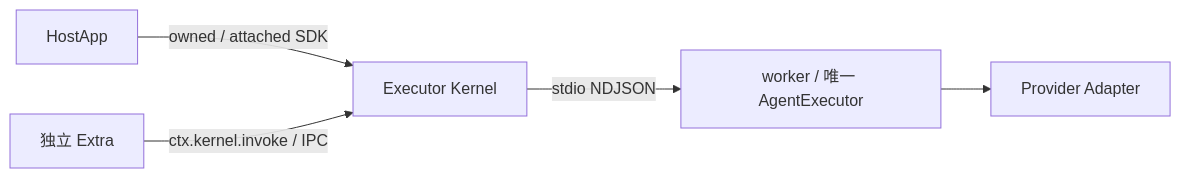
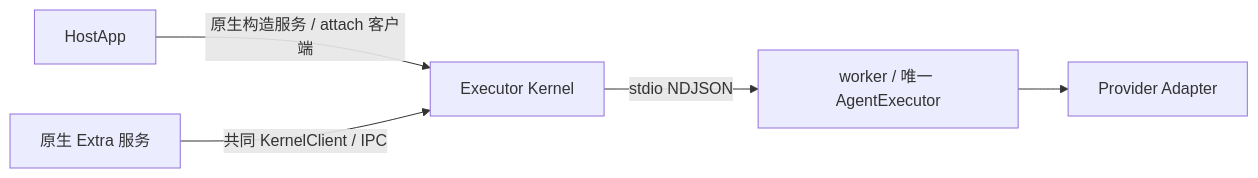
One commit to Liuxy20/octo-runtime changed the diagram in .octospec/rules/local-execution.md. Above: the diagram before and after it, drawn with Mermaid. The commit also changed other lines of this file and 88 other files, not shown here.

First line of the commit message:
refactor(sdk)!: construct native kernel and extra services (#74)

````diff
--- a/.octospec/rules/local-execution.md
+++ b/.octospec/rules/local-execution.md
@@ -23,7 +23,7 @@
 ```mermaid
 flowchart LR
-  App[HostApp] -->|owned / attached SDK| K[Executor Kernel]
-  Extra[独立 Extra] -->|ctx.kernel.invoke / IPC| K
+  App[HostApp] -->|原生构造服务 / attach 客户端| K[Executor Kernel]
+  Extra[原生 Extra 服务] -->|共同 KernelClient / IPC| K
   K -->|stdio NDJSON| W[worker / 唯一 AgentExecutor]
   W --> A[Provider Adapter]
 ```
````
